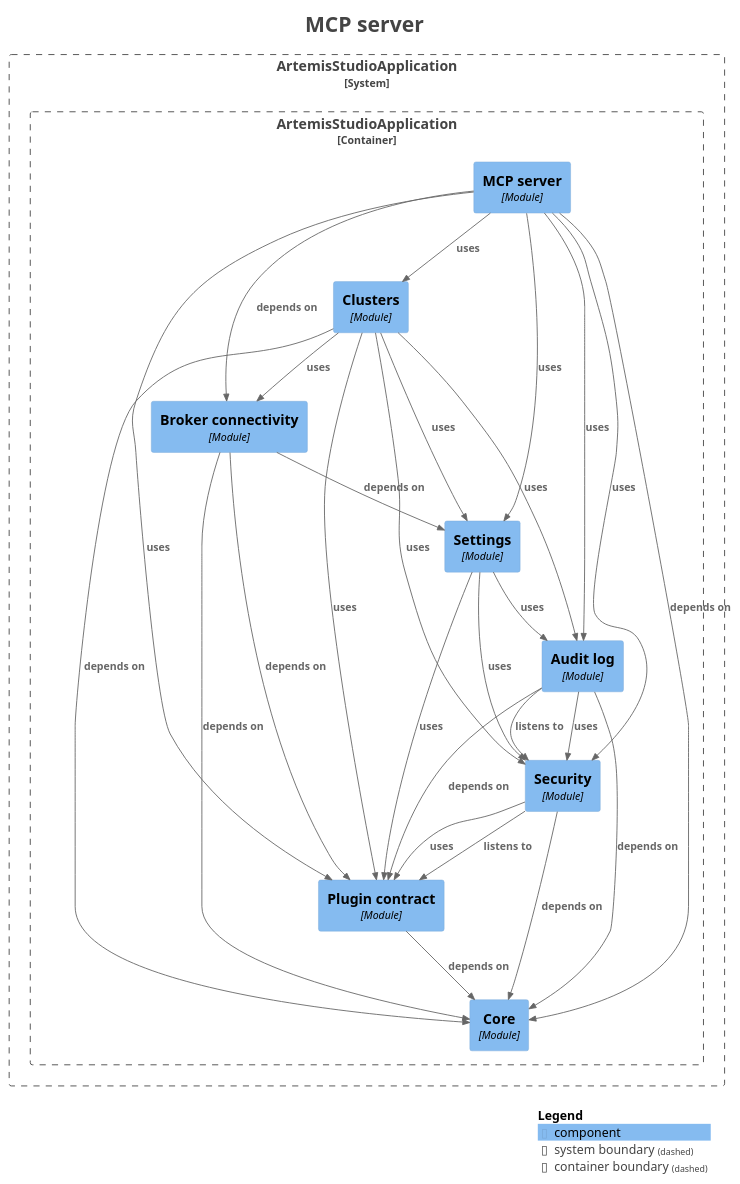
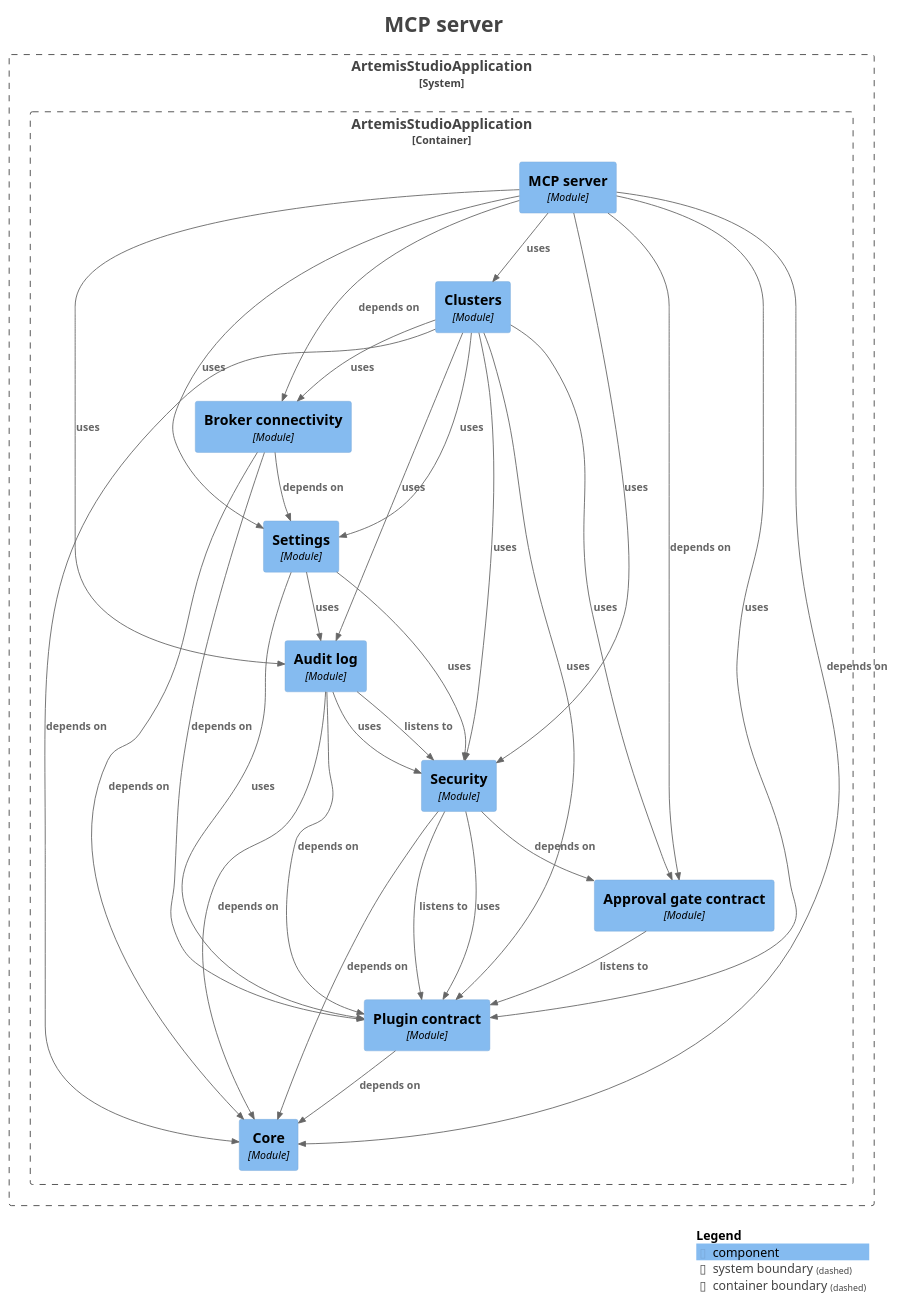
The diagram in docs/modules/module-platform.mcp.puml (sudoitir/artemis-studio), drawn with PlantUML before and after one commit. The commit also changed 12 other files, not shown here.

Commit message:
docs(modules): regenerate the module diagrams for the gated operations

```diff
--- a/docs/modules/module-platform.mcp.puml
+++ b/docs/modules/module-platform.mcp.puml
@@ -1,62 +1,67 @@
 @startuml
 title <size:24>MCP server</size>
 
 set separator none
 top to bottom direction
 
 <style>
   root {
     BackgroundColor: #ffffff
     FontColor: #444444
   }
 </style>
 
 !include <C4/C4>
 !include <C4/C4_Context>
 !include <C4/C4_Component>
 
 System_Boundary("ArtemisStudioApplication_boundary", "ArtemisStudioApplication", $tags="") {
   Container_Boundary("ArtemisStudioApplication.ArtemisStudioApplication_boundary", "ArtemisStudioApplication", $tags="") {
+    Component(ArtemisStudioApplication.ArtemisStudioApplication.Approvalgatecontract, "Approval gate contract", $techn="Module", $descr="", $tags="", $link="")
     Component(ArtemisStudioApplication.ArtemisStudioApplication.Auditlog, "Audit log", $techn="Module", $descr="", $tags="", $link="")
     Component(ArtemisStudioApplication.ArtemisStudioApplication.Brokerconnectivity, "Broker connectivity", $techn="Module", $descr="", $tags="", $link="")
     Component(ArtemisStudioApplication.ArtemisStudioApplication.Clusters, "Clusters", $techn="Module", $descr="", $tags="", $link="")
     Component(ArtemisStudioApplication.ArtemisStudioApplication.Core, "Core", $techn="Module", $descr="", $tags="", $link="")
     Component(ArtemisStudioApplication.ArtemisStudioApplication.MCPserver, "MCP server", $techn="Module", $descr="", $tags="", $link="")
     Component(ArtemisStudioApplication.ArtemisStudioApplication.Plugincontract, "Plugin contract", $techn="Module", $descr="", $tags="", $link="")
     Component(ArtemisStudioApplication.ArtemisStudioApplication.Security, "Security", $techn="Module", $descr="", $tags="", $link="")
     Component(ArtemisStudioApplication.ArtemisStudioApplication.Settings, "Settings", $techn="Module", $descr="", $tags="", $link="")
   }
 
 }
 
+Rel(ArtemisStudioApplication.ArtemisStudioApplication.Approvalgatecontract, ArtemisStudioApplication.ArtemisStudioApplication.Plugincontract, "listens to", $techn="", $tags="", $link="")
 Rel(ArtemisStudioApplication.ArtemisStudioApplication.Auditlog, ArtemisStudioApplication.ArtemisStudioApplication.Core, "depends on", $techn="", $tags="", $link="")
 Rel(ArtemisStudioApplication.ArtemisStudioApplication.Auditlog, ArtemisStudioApplication.ArtemisStudioApplication.Plugincontract, "depends on", $techn="", $tags="", $link="")
 Rel(ArtemisStudioApplication.ArtemisStudioApplication.Auditlog, ArtemisStudioApplication.ArtemisStudioApplication.Security, "listens to", $techn="", $tags="", $link="")
 Rel(ArtemisStudioApplication.ArtemisStudioApplication.Auditlog, ArtemisStudioApplication.ArtemisStudioApplication.Security, "uses", $techn="", $tags="", $link="")
 Rel(ArtemisStudioApplication.ArtemisStudioApplication.Brokerconnectivity, ArtemisStudioApplication.ArtemisStudioApplication.Core, "depends on", $techn="", $tags="", $link="")
 Rel(ArtemisStudioApplication.ArtemisStudioApplication.Brokerconnectivity, ArtemisStudioApplication.ArtemisStudioApplication.Plugincontract, "depends on", $techn="", $tags="", $link="")
 Rel(ArtemisStudioApplication.ArtemisStudioApplication.Brokerconnectivity, ArtemisStudioApplication.ArtemisStudioApplication.Settings, "depends on", $techn="", $tags="", $link="")
+Rel(ArtemisStudioApplication.ArtemisStudioApplication.Clusters, ArtemisStudioApplication.ArtemisStudioApplication.Approvalgatecontract, "uses", $techn="", $tags="", $link="")
 Rel(ArtemisStudioApplication.ArtemisStudioApplication.Clusters, ArtemisStudioApplication.ArtemisStudioApplication.Auditlog, "uses", $techn="", $tags="", $link="")
 Rel(ArtemisStudioApplication.ArtemisStudioApplication.Clusters, ArtemisStudioApplication.ArtemisStudioApplication.Brokerconnectivity, "uses", $techn="", $tags="", $link="")
 Rel(ArtemisStudioApplication.ArtemisStudioApplication.Clusters, ArtemisStudioApplication.ArtemisStudioApplication.Core, "depends on", $techn="", $tags="", $link="")
 Rel(ArtemisStudioApplication.ArtemisStudioApplication.Clusters, ArtemisStudioApplication.ArtemisStudioApplication.Plugincontract, "uses", $techn="", $tags="", $link="")
 Rel(ArtemisStudioApplication.ArtemisStudioApplication.Clusters, ArtemisStudioApplication.ArtemisStudioApplication.Security, "uses", $techn="", $tags="", $link="")
 Rel(ArtemisStudioApplication.ArtemisStudioApplication.Clusters, ArtemisStudioApplication.ArtemisStudioApplication.Settings, "uses", $techn="", $tags="", $link="")
+Rel(ArtemisStudioApplication.ArtemisStudioApplication.MCPserver, ArtemisStudioApplication.ArtemisStudioApplication.Approvalgatecontract, "depends on", $techn="", $tags="", $link="")
 Rel(ArtemisStudioApplication.ArtemisStudioApplication.MCPserver, ArtemisStudioApplication.ArtemisStudioApplication.Auditlog, "uses", $techn="", $tags="", $link="")
 Rel(ArtemisStudioApplication.ArtemisStudioApplication.MCPserver, ArtemisStudioApplication.ArtemisStudioApplication.Brokerconnectivity, "depends on", $techn="", $tags="", $link="")
 Rel(ArtemisStudioApplication.ArtemisStudioApplication.MCPserver, ArtemisStudioApplication.ArtemisStudioApplication.Clusters, "uses", $techn="", $tags="", $link="")
 Rel(ArtemisStudioApplication.ArtemisStudioApplication.MCPserver, ArtemisStudioApplication.ArtemisStudioApplication.Core, "depends on", $techn="", $tags="", $link="")
 Rel(ArtemisStudioApplication.ArtemisStudioApplication.MCPserver, ArtemisStudioApplication.ArtemisStudioApplication.Plugincontract, "uses", $techn="", $tags="", $link="")
 Rel(ArtemisStudioApplication.ArtemisStudioApplication.MCPserver, ArtemisStudioApplication.ArtemisStudioApplication.Security, "uses", $techn="", $tags="", $link="")
 Rel(ArtemisStudioApplication.ArtemisStudioApplication.MCPserver, ArtemisStudioApplication.ArtemisStudioApplication.Settings, "uses", $techn="", $tags="", $link="")
 Rel(ArtemisStudioApplication.ArtemisStudioApplication.Plugincontract, ArtemisStudioApplication.ArtemisStudioApplication.Core, "depends on", $techn="", $tags="", $link="")
+Rel(ArtemisStudioApplication.ArtemisStudioApplication.Security, ArtemisStudioApplication.ArtemisStudioApplication.Approvalgatecontract, "depends on", $techn="", $tags="", $link="")
 Rel(ArtemisStudioApplication.ArtemisStudioApplication.Security, ArtemisStudioApplication.ArtemisStudioApplication.Core, "depends on", $techn="", $tags="", $link="")
 Rel(ArtemisStudioApplication.ArtemisStudioApplication.Security, ArtemisStudioApplication.ArtemisStudioApplication.Plugincontract, "listens to", $techn="", $tags="", $link="")
 Rel(ArtemisStudioApplication.ArtemisStudioApplication.Security, ArtemisStudioApplication.ArtemisStudioApplication.Plugincontract, "uses", $techn="", $tags="", $link="")
 Rel(ArtemisStudioApplication.ArtemisStudioApplication.Settings, ArtemisStudioApplication.ArtemisStudioApplication.Auditlog, "uses", $techn="", $tags="", $link="")
 Rel(ArtemisStudioApplication.ArtemisStudioApplication.Settings, ArtemisStudioApplication.ArtemisStudioApplication.Plugincontract, "uses", $techn="", $tags="", $link="")
 Rel(ArtemisStudioApplication.ArtemisStudioApplication.Settings, ArtemisStudioApplication.ArtemisStudioApplication.Security, "uses", $techn="", $tags="", $link="")
 
 SHOW_LEGEND(true)
 hide stereotypes
 @enduml
```
